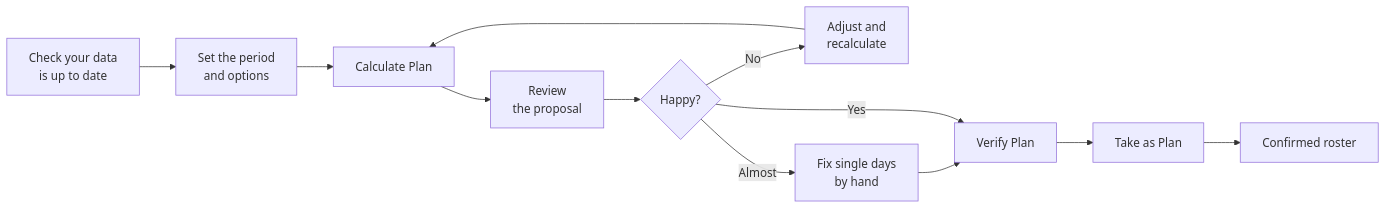
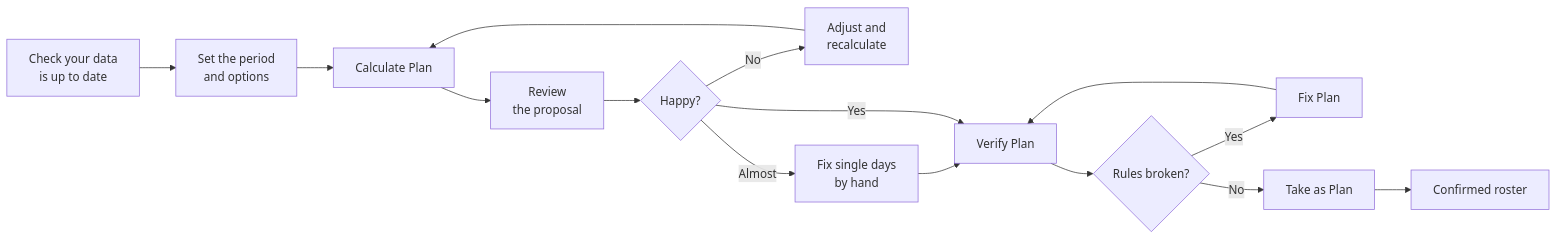
The diagram in docs/guide/creating-a-plan.md (uid09552/shift), drawn with Mermaid before and after one commit. The commit also changed other lines of this file and 258 other files, not shown here.

````diff
--- a/docs/guide/creating-a-plan.md
+++ b/docs/guide/creating-a-plan.md
@@ -10,14 +10,17 @@
 ```mermaid
 flowchart LR
     A[Check your data<br/>is up to date] --> B[Set the period<br/>and options]
     B --> C[Calculate Plan]
     C --> D[Review<br/>the proposal]
     D --> E{Happy?}
     E -->|No| F[Adjust and<br/>recalculate]
     F --> C
     E -->|Almost| G[Fix single days<br/>by hand]
     G --> V[Verify Plan]
     E -->|Yes| V
-    V --> H[Take as Plan]
+    V --> X{Rules broken?}
+    X -->|Yes| Y[Fix Plan]
+    Y --> V
+    X -->|No| H[Take as Plan]
     H --> I[Confirmed roster]
 ```
````
